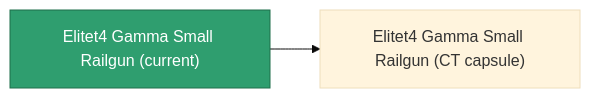
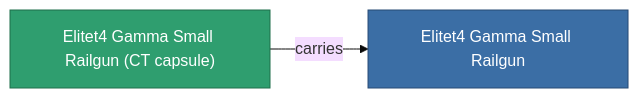
The diagram in content/content/items/elitet4_gamma_small_railgun.md (OpenPerpetuum/Wiki), drawn with Mermaid (base theme) before and after one commit. The commit also changed other lines of this file and 2015 other files, not shown here.

````diff
--- a/content/content/items/elitet4_gamma_small_railgun.md
+++ b/content/content/items/elitet4_gamma_small_railgun.md
@@ -39,8 +39,9 @@
 ```mermaid
 graph LR
-    a["Elitet4 Gamma Small Railgun (current)"]:::current
-    b["Elitet4 Gamma Small Railgun (CT capsule)"]
-    a --> b
-    click b "/content/items/elitet4-gamma-small-railgun-ct-capsule/" "Elitet4 Gamma Small Railgun (CT capsule)"
+    a["Elitet4 Gamma Small Railgun (CT capsule)"]:::current
+    b["Elitet4 Gamma Small Railgun"]:::finished
+    a -->|carries| b
+                click b "/content/items/elitet4-gamma-small-railgun/" "Elitet4 Gamma Small Railgun"
     classDef current fill:#2f9e6f,stroke:#1f6f4a,color:#ffffff
+    classDef finished fill:#3b6ea5,stroke:#274a75,color:#ffffff
 ```
````
